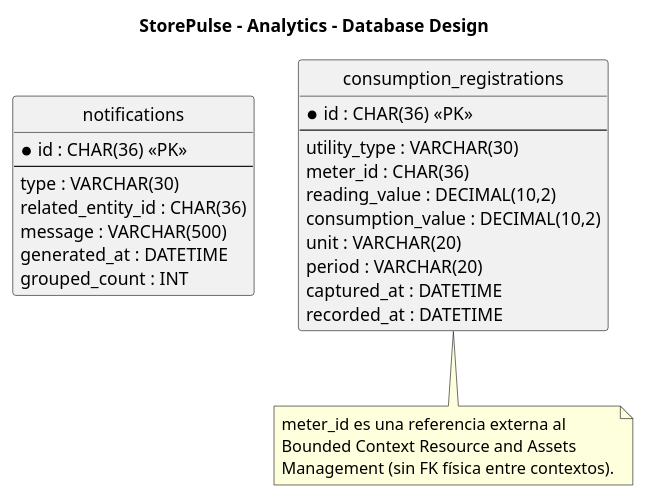
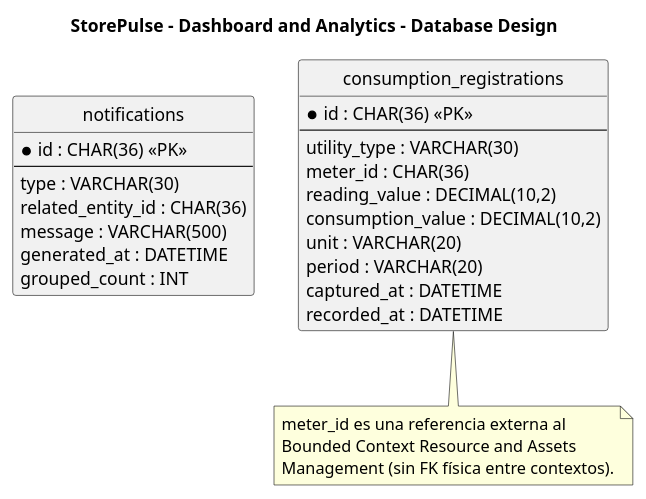
One commit to VanguardTechIot/storepulse-report changed the diagram in assets/architecture/analytics/05-analytics-database.puml. Above: the diagram before and after it, drawn with PlantUML. The commit also changed 4 other files, not shown here.

Commit message:
refactor(assets): update dashboards and analytics diagrams.

```diff
--- a/assets/architecture/analytics/05-analytics-database.puml
+++ b/assets/architecture/analytics/05-analytics-database.puml
@@ -1,40 +1,40 @@
 @startuml storepulse-analytics-database
 
 hide circle
 
 skinparam linetype ortho
 skinparam shadowing false
 skinparam defaultFontName Arial
 
-title StorePulse - Analytics - Database Design
+title StorePulse - Dashboard and Analytics - Database Design
 
 entity "notifications" as notifications {
     * id : CHAR(36) <<PK>>
     --
     type : VARCHAR(30)
     related_entity_id : CHAR(36)
     message : VARCHAR(500)
     generated_at : DATETIME
     grouped_count : INT
 }
 
 entity "consumption_registrations" as consumptionRegistrations {
     * id : CHAR(36) <<PK>>
     --
     utility_type : VARCHAR(30)
     meter_id : CHAR(36)
     reading_value : DECIMAL(10,2)
     consumption_value : DECIMAL(10,2)
     unit : VARCHAR(20)
     period : VARCHAR(20)
     captured_at : DATETIME
     recorded_at : DATETIME
 }
 
 note bottom of consumptionRegistrations
   meter_id es una referencia externa al
   Bounded Context Resource and Assets
   Management (sin FK física entre contextos).
 end note
 
 @enduml
```
